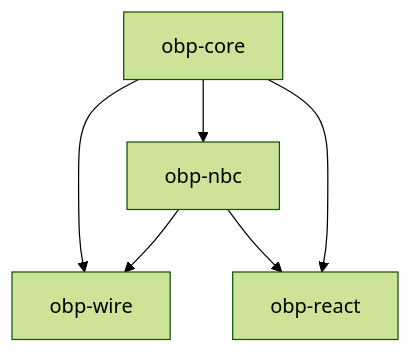
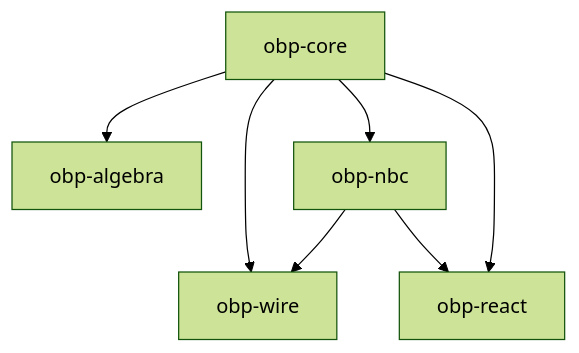
One commit to khoralabs/open-binding-protocol changed the second of 2 diagrams in docs/theory/layering.md. Above: the diagram before and after it, drawn with Mermaid (forest theme). The commit also changed other lines of this file and 9 other files, not shown here.

````diff
--- a/docs/theory/layering.md
+++ b/docs/theory/layering.md
@@ -12,12 +40,14 @@
 ```mermaid
 flowchart TB
   core[obp-core]
+  algebra[obp-algebra]
   nbc[obp-nbc]
   wire[obp-wire]
   react[obp-react]
+  core --> algebra
   core --> nbc
   core --> wire
   nbc --> wire
   nbc --> react
   core --> react
 ```
````
